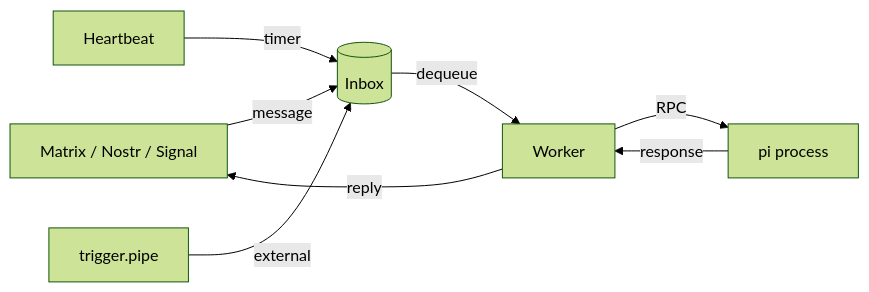
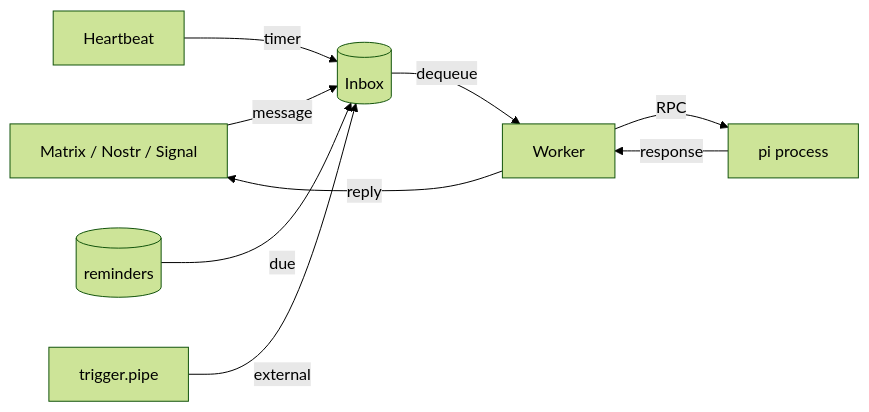
The diagram in README.md (pinpox/opencrow), drawn with Mermaid (forest theme) before and after one commit. The commit also changed other lines of this file and 15 other files, not shown here.

````diff
--- a/README.md
+++ b/README.md
@@ -20,8 +20,9 @@
 ```mermaid
 graph LR
     Transport[Matrix / Nostr / Signal] -->|message| Inbox[(Inbox)]
     Heartbeat -->|timer| Inbox
+    Reminders[(reminders)] -->|due| Inbox
     Trigger["trigger.pipe"] -->|external| Inbox
     Inbox -->|dequeue| Worker -->|RPC| Pi["pi process"]
     Pi -->|response| Worker -->|reply| Transport
 ```
````
